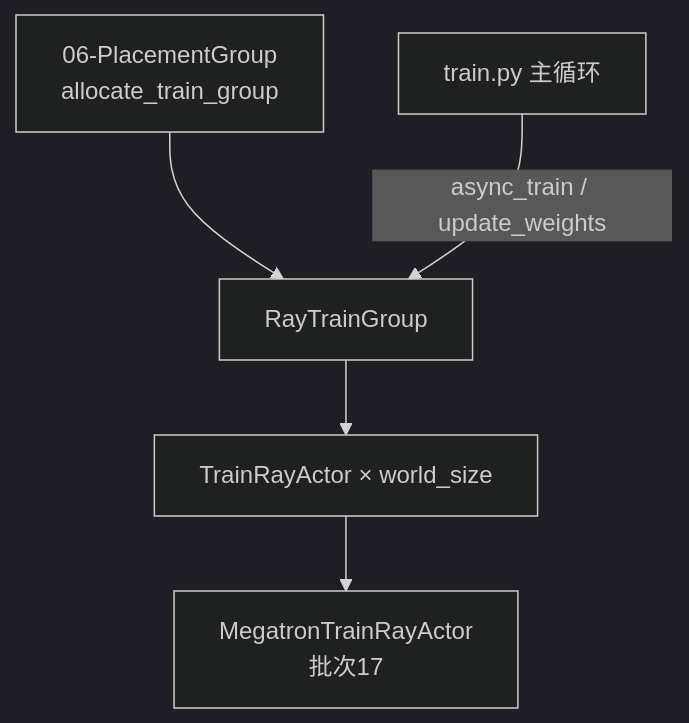
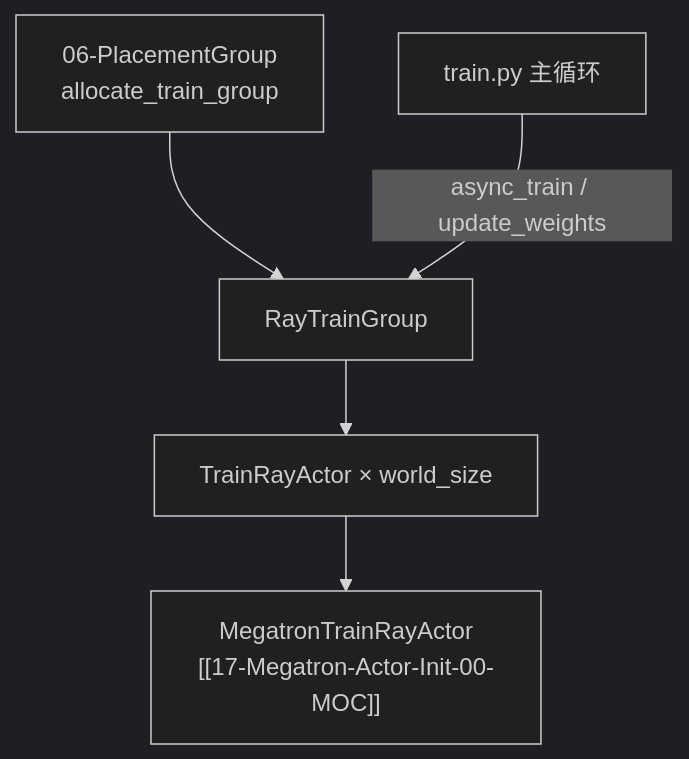
One commit to OnlyHero5/ai-infra-reading-vault changed the diagram in slime_reading/02-Ray编排/07-RayTrainGroup/07-RayTrainGroup-00-MOC.md. Above: the diagram before and after it, drawn with Mermaid (dark theme). The commit also changed other lines of this file and 421 other files, not shown here.

````diff
--- a/slime_reading/02-Ray编排/07-RayTrainGroup/07-RayTrainGroup-00-MOC.md
+++ b/slime_reading/02-Ray编排/07-RayTrainGroup/07-RayTrainGroup-00-MOC.md
@@ -25,9 +24,9 @@
 ```mermaid
 flowchart TB
     PG["06-PlacementGroup<br/>allocate_train_group"]
     RTG["RayTrainGroup"]
     TRA["TrainRayActor × world_size"]
-    MGA["MegatronTrainRayActor<br/>批次17"]
+    MGA["MegatronTrainRayActor<br/>[[17-Megatron-Actor-Init-00-MOC]]"]
     PG --> RTG --> TRA --> MGA
     TR["train.py 主循环"] -->|"async_train / update_weights"| RTG
 ```
````
